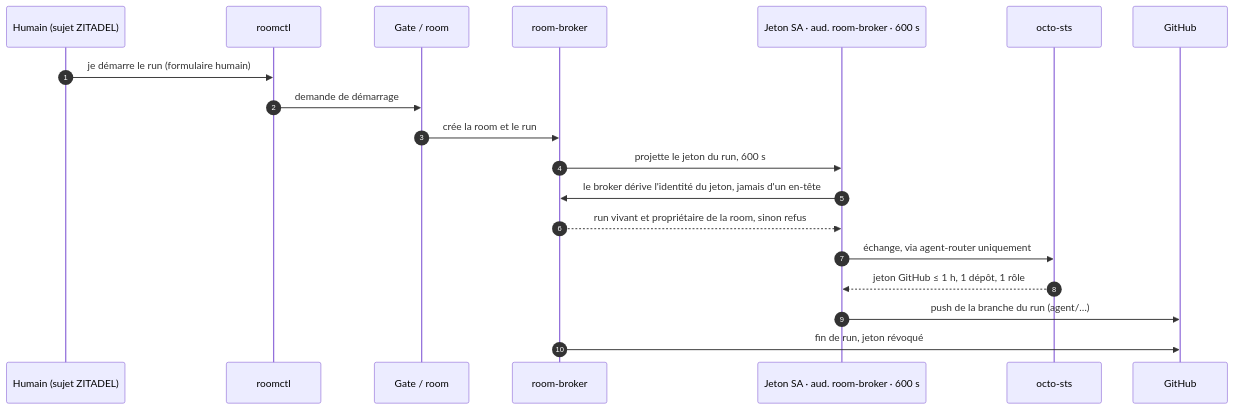
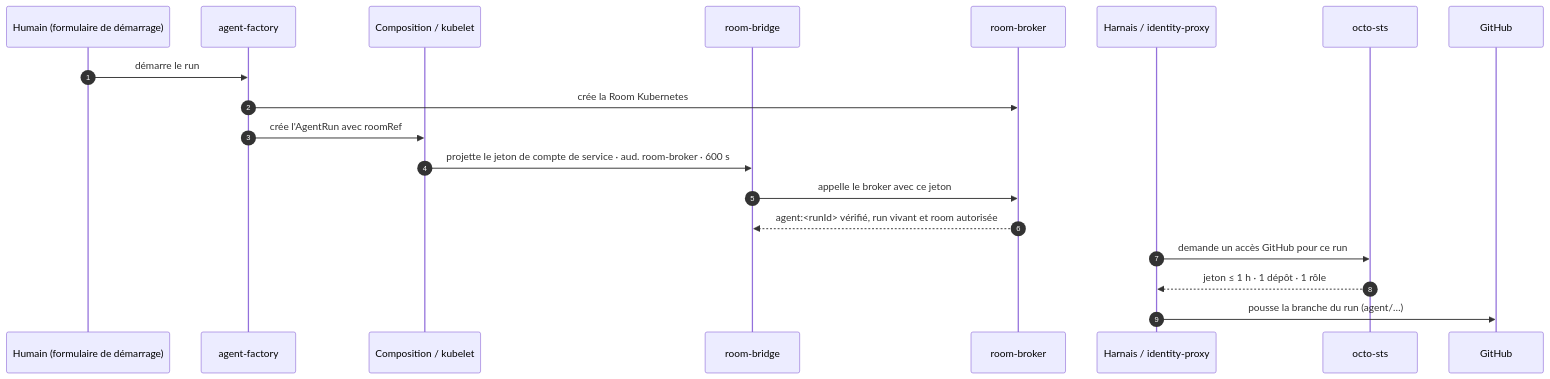
The fourth of 5 diagrams in content/fr/post/series/agentic_ai/cloud-native-agent-factory/index.md (Smana/smana.github.io), drawn with Mermaid before and after one commit. The commit also changed other lines of this file and 2 other files, not shown here.

Commit message:
docs(fr): apply final agent factory review fixes

````diff
--- a/content/fr/post/series/agentic_ai/cloud-native-agent-factory/index.md
+++ b/content/fr/post/series/agentic_ai/cloud-native-agent-factory/index.md
@@ -160,21 +160,21 @@
 ```mermaid
 sequenceDiagram
   autonumber
-  participant H as Humain (sujet ZITADEL)
-  participant C as roomctl
-  participant R as Gate / room
+  participant H as Humain (formulaire de démarrage)
+  participant F as agent-factory
+  participant X as Composition / kubelet
+  participant P as room-bridge
   participant B as room-broker
-  participant T as Jeton SA · aud. room-broker · 600 s
+  participant I as Harnais / identity-proxy
   participant O as octo-sts
   participant GH as GitHub
-  H->>C: je démarre le run (formulaire humain)
-  C->>R: demande de démarrage
-  R->>B: crée la room et le run
-  B->>T: projette le jeton du run, 600 s
-  T->>B: le broker dérive l'identité du jeton, jamais d'un en-tête
-  B-->>T: run vivant et propriétaire de la room, sinon refus
-  T->>O: échange, via agent-router uniquement
-  O-->>T: jeton GitHub ≤ 1 h, 1 dépôt, 1 rôle
-  T->>GH: push de la branche du run (agent/…)
-  B->>GH: fin de run, jeton révoqué
+  H->>F: démarre le run
+  F->>B: crée la Room Kubernetes
+  F->>X: crée l'AgentRun avec roomRef
+  X->>P: projette le jeton de compte de service · aud. room-broker · 600 s
+  P->>B: appelle le broker avec ce jeton
+  B-->>P: agent:<runId> vérifié, run vivant et room autorisée
+  I->>O: demande un accès GitHub pour ce run
+  O-->>I: jeton ≤ 1 h · 1 dépôt · 1 rôle
+  I->>GH: pousse la branche du run (agent/…)
 ```
````
